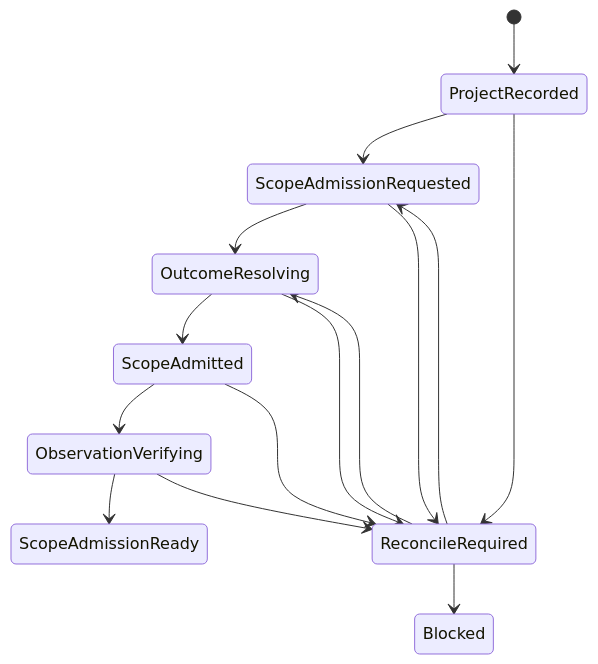
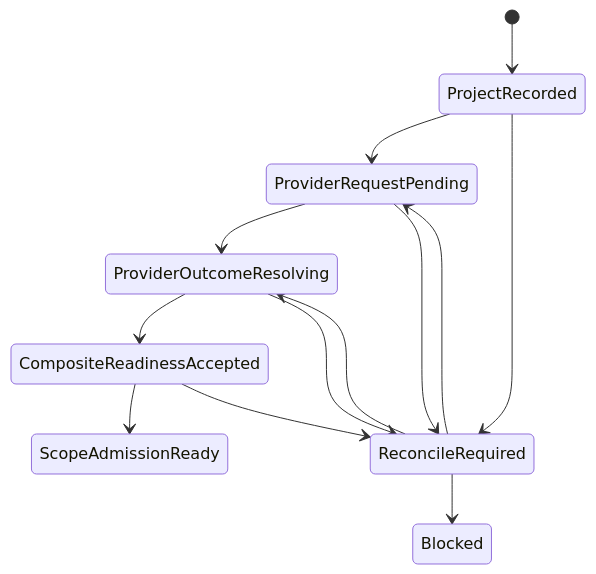
Before and after one commit to agent-teams-ai/agent-teams-platform: the first of 2 diagrams in docs/architecture/platform-orchestrator-review/06-project-provisioning-binding-state-machine.md, drawn with Mermaid. The commit also changed other lines of this file and 2 other files, not shown here.

Commit message:
fix(architecture): align scope readiness with composite provider

````diff
--- a/docs/architecture/platform-orchestrator-review/06-project-provisioning-binding-state-machine.md
+++ b/docs/architecture/platform-orchestrator-review/06-project-provisioning-binding-state-machine.md
@@ -37,17 +38,15 @@
 ```mermaid
 stateDiagram-v2
     [*] --> ProjectRecorded
-    ProjectRecorded --> ScopeAdmissionRequested
-    ScopeAdmissionRequested --> OutcomeResolving
-    OutcomeResolving --> ScopeAdmitted
-    ScopeAdmitted --> ObservationVerifying
-    ObservationVerifying --> ScopeAdmissionReady
+    ProjectRecorded --> ProviderRequestPending
+    ProviderRequestPending --> ProviderOutcomeResolving
+    ProviderOutcomeResolving --> CompositeReadinessAccepted
+    CompositeReadinessAccepted --> ScopeAdmissionReady
     ProjectRecorded --> ReconcileRequired
-    ScopeAdmissionRequested --> ReconcileRequired
-    OutcomeResolving --> ReconcileRequired
-    ScopeAdmitted --> ReconcileRequired
-    ObservationVerifying --> ReconcileRequired
-    ReconcileRequired --> OutcomeResolving
-    ReconcileRequired --> ScopeAdmissionRequested
+    ProviderRequestPending --> ReconcileRequired
+    ProviderOutcomeResolving --> ReconcileRequired
+    CompositeReadinessAccepted --> ReconcileRequired
+    ReconcileRequired --> ProviderOutcomeResolving
+    ReconcileRequired --> ProviderRequestPending
     ReconcileRequired --> Blocked
 ```
````
